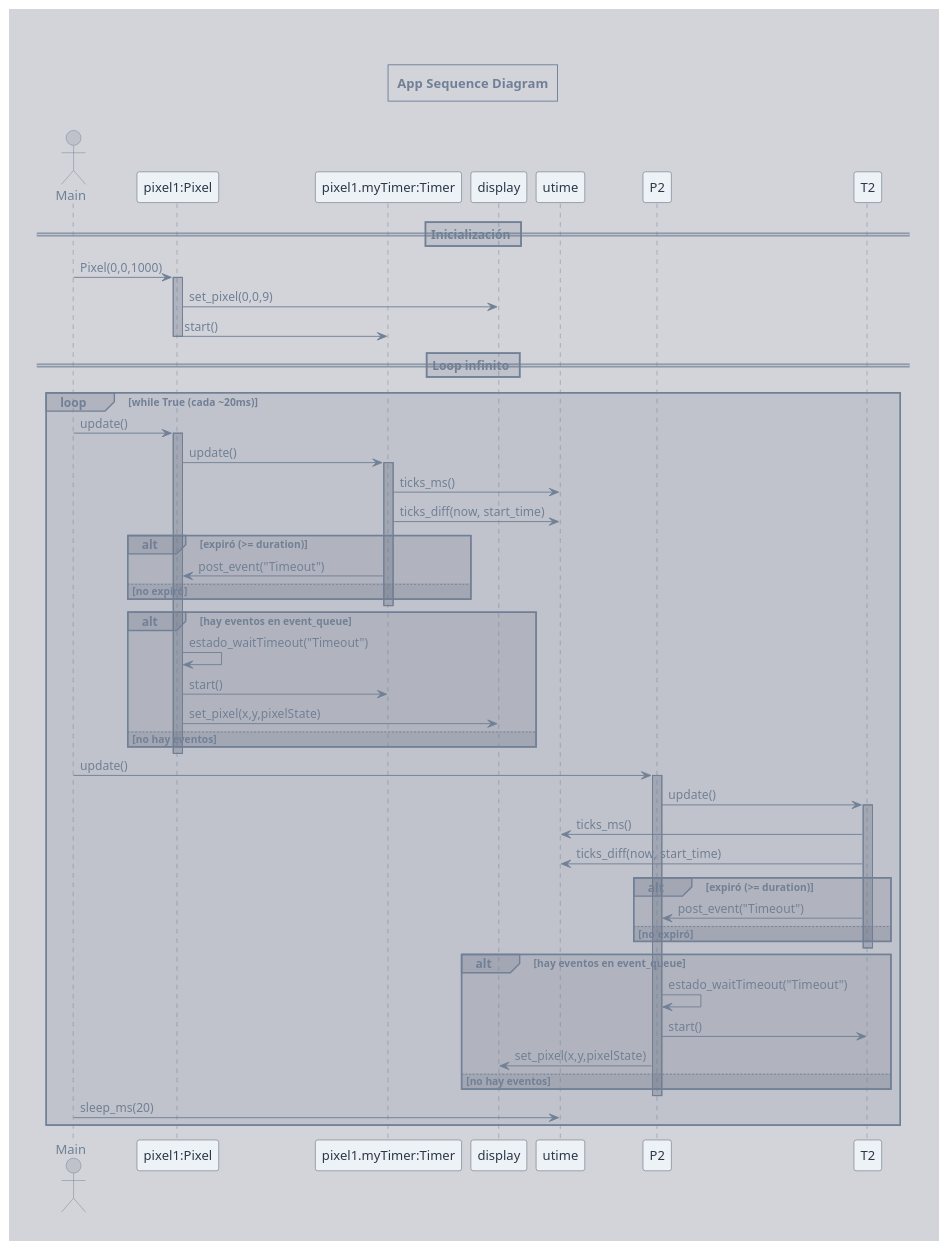
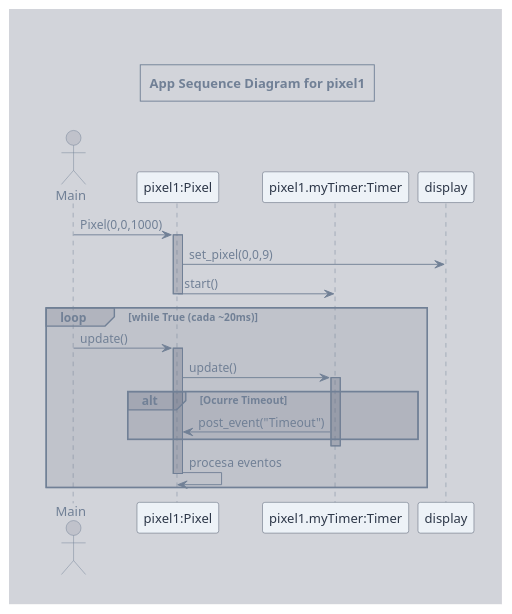
Before and after one commit to juanferfranco/interactivos1-2026-10: the diagram in diagrams/src/pixelSequence.puml, drawn with PlantUML. The commit also changed 2 other files, not shown here.

```diff
--- a/diagrams/src/pixelSequence.puml
+++ b/diagrams/src/pixelSequence.puml
@@ -1,88 +1,58 @@
 @startuml
 
 <style>
 root {
   BackgroundColor #4a556822 
   FontColor #718096
   LineColor #718096
   Margin 30
   Padding 10
 }
 
 sequenceDiagram {
   participant {
     BackgroundColor #edf2f7
     LineColor #4a5568
     FontColor #2d3748
   }
   lifeLine {
     LineColor #718096
   }
   arrow {
     LineColor #718096
     FontColor #718096
   }
 }
 </style>
 
-title App Sequence Diagram
+title App Sequence Diagram for pixel1
 
 actor Main
 participant "pixel1:Pixel" as P1
 participant "pixel1.myTimer:Timer" as T1
 participant "display" as D
-participant "utime" as U
 
-== Inicialización ==
 Main -> P1 : Pixel(0,0,1000)
 activate P1
 P1 -> D : set_pixel(0,0,9)
 P1 -> T1 : start()
 deactivate P1
 
-== Loop infinito ==
+
 loop while True (cada ~20ms)
   Main -> P1 : update()
   activate P1
     P1 -> T1 : update()
     activate T1
-      T1 -> U : ticks_ms()
-      T1 -> U : ticks_diff(now, start_time)
-      alt expiró (>= duration)
+      alt Ocurre Timeout
         T1 -> P1 : post_event("Timeout")
-      else no expiró
       end
     deactivate T1
 
-    alt hay eventos en event_queue
-      P1 -> P1 : estado_waitTimeout("Timeout")
-      P1 -> T1 : start()
-      P1 -> D : set_pixel(x,y,pixelState)
-    else no hay eventos
-    end
+    P1 -> P1: procesa eventos
+    
   deactivate P1
 
-  Main -> P2 : update()
-  activate P2
-    P2 -> T2 : update()
-    activate T2
-      T2 -> U : ticks_ms()
-      T2 -> U : ticks_diff(now, start_time)
-      alt expiró (>= duration)
-        T2 -> P2 : post_event("Timeout")
-      else no expiró
-      end
-    deactivate T2
-
-    alt hay eventos en event_queue
-      P2 -> P2 : estado_waitTimeout("Timeout")
-      P2 -> T2 : start()
-      P2 -> D : set_pixel(x,y,pixelState)
-    else no hay eventos
-    end
-  deactivate P2
-
-  Main -> U : sleep_ms(20)
 end
 
 @enduml
```
